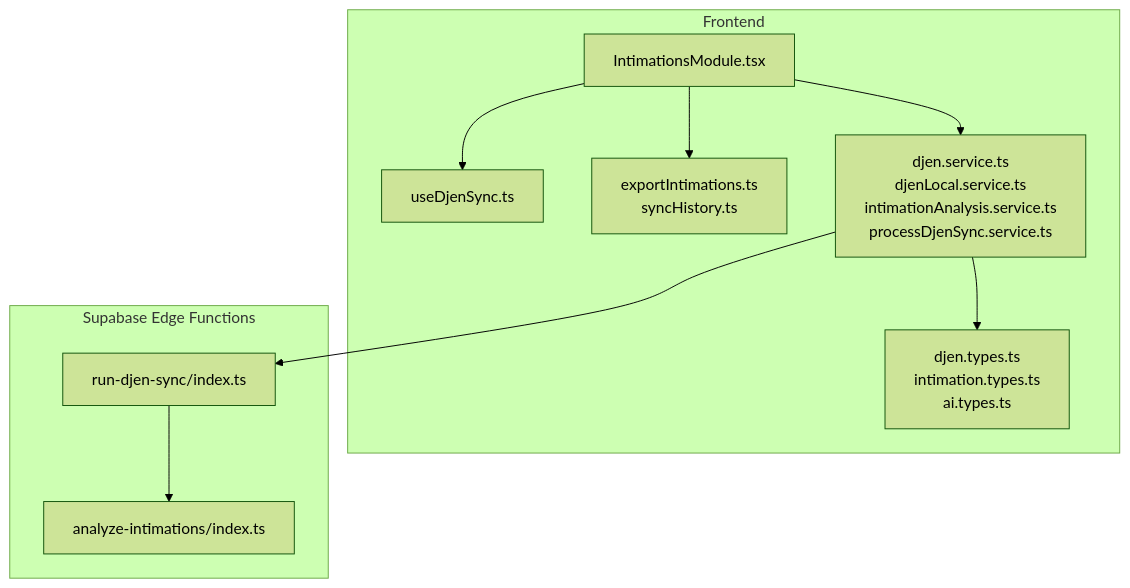
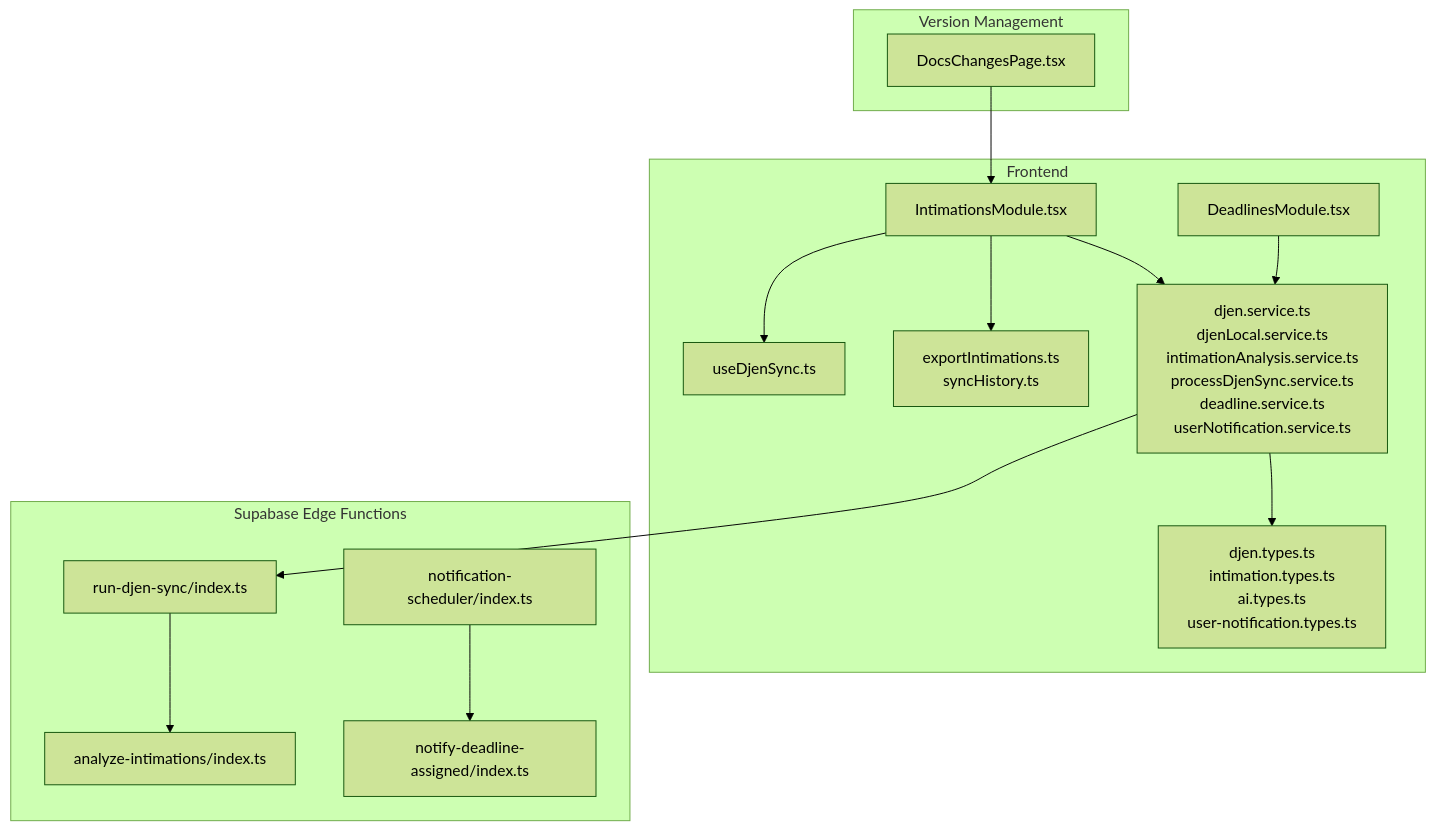
Before and after one commit to usermontalvao/CRMlaw: the first of 12 diagrams in .qoder/repowiki/en/content/Core Modules/Intimations Module.md, drawn with Mermaid (forest theme). The commit also changed other lines of this file and 8 other files, not shown here.

````diff
--- a/.qoder/repowiki/en/content/Core Modules/Intimations Module.md
+++ b/.qoder/repowiki/en/content/Core Modules/Intimations Module.md
@@ -39,20 +60,29 @@
 ```mermaid
 graph TB
 subgraph "Frontend"
 IM["IntimationsModule.tsx"]
 Hooks["useDjenSync.ts"]
 Utils["exportIntimations.ts<br/>syncHistory.ts"]
-Services["djen.service.ts<br/>djenLocal.service.ts<br/>intimationAnalysis.service.ts<br/>processDjenSync.service.ts"]
-Types["djen.types.ts<br/>intimation.types.ts<br/>ai.types.ts"]
+Services["djen.service.ts<br/>djenLocal.service.ts<br/>intimationAnalysis.service.ts<br/>processDjenSync.service.ts<br/>deadline.service.ts<br/>userNotification.service.ts"]
+Types["djen.types.ts<br/>intimation.types.ts<br/>ai.types.ts<br/>user-notification.types.ts"]
+Components["DeadlinesModule.tsx"]
 end
 subgraph "Supabase Edge Functions"
 RunSync["run-djen-sync/index.ts"]
 Analyze["analyze-intimations/index.ts"]
+NotifyDeadline["notify-deadline-assigned/index.ts"]
+NotifyScheduler["notification-scheduler/index.ts"]
+end
+subgraph "Version Management"
+Docs["DocsChangesPage.tsx"]
 end
 IM --> Services
 IM --> Utils
 IM --> Hooks
 Services --> RunSync
 RunSync --> Analyze
 Services --> Types
+NotifyScheduler --> NotifyDeadline
+Components --> Services
+Docs --> IM
 ```
````
